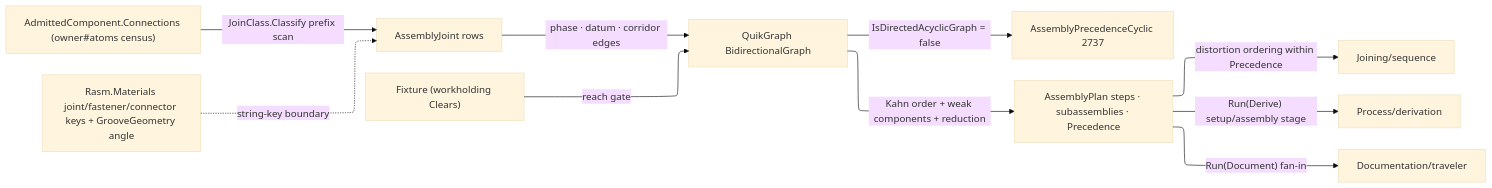
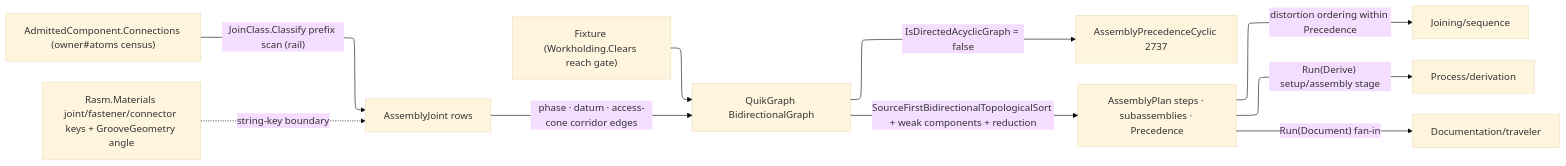
Before and after one commit to bsamiee/Rasm: the diagram in libs/csharp/Rasm.Fabrication/.planning/Fixturing/assembly.md, drawn with Mermaid. The commit also changed other lines of this file and 79 other files, not shown here.

````diff
--- a/libs/csharp/Rasm.Fabrication/.planning/Fixturing/assembly.md
+++ b/libs/csharp/Rasm.Fabrication/.planning/Fixturing/assembly.md
@@ -161,17 +179,17 @@
 ```mermaid
 ---
 config:
   layout: elk
   theme: base
 ---
 flowchart LR
-    Component["AdmittedComponent.Connections (owner#atoms census)"] -->|"JoinClass.Classify prefix scan"| Joints["AssemblyJoint rows"]
+    Component["AdmittedComponent.Connections (owner#atoms census)"] -->|"JoinClass.Classify prefix scan (rail)"| Joints["AssemblyJoint rows"]
     Materials["Rasm.Materials joint/fastener/connector keys + GrooveGeometry angle"] -.->|string-key boundary| Joints
-    Joints -->|"phase · datum · corridor edges"| Graph["QuikGraph BidirectionalGraph"]
-    Holding["Fixture (workholding Clears)"] -->|reach gate| Graph
+    Joints -->|"phase · datum · access-cone corridor edges"| Graph["QuikGraph BidirectionalGraph"]
+    Holding["Fixture (Workholding.Clears reach gate)"] --> Graph
     Graph -->|"IsDirectedAcyclicGraph = false"| Cyclic["AssemblyPrecedenceCyclic 2737"]
-    Graph -->|"Kahn order + weak components + reduction"| Plan["AssemblyPlan steps · subassemblies · Precedence"]
+    Graph -->|"SourceFirstBidirectionalTopologicalSort + weak components + reduction"| Plan["AssemblyPlan steps · subassemblies · Precedence"]
     Plan -->|distortion ordering within Precedence| Sequence["Joining/sequence"]
     Plan -->|"Run(Derive) setup/assembly stage"| Derivation["Process/derivation"]
     Plan -->|"Run(Document) fan-in"| Traveler["Documentation/traveler"]
 ```
````
